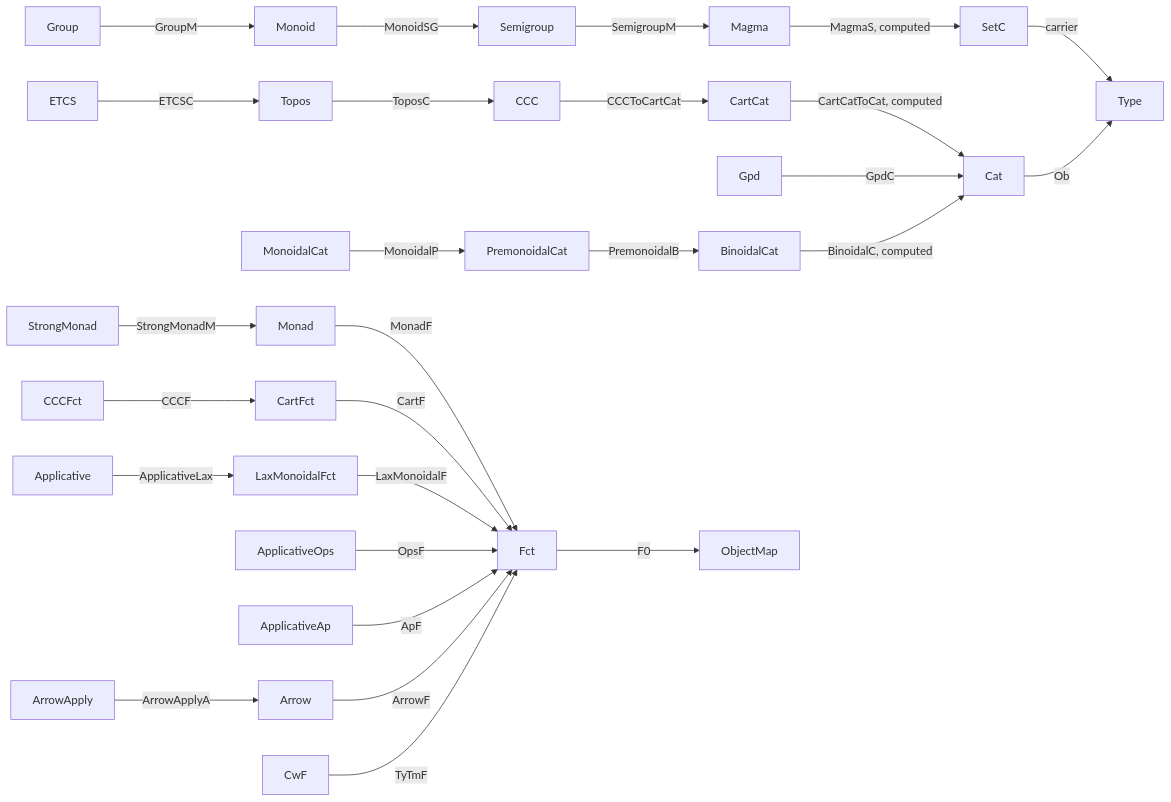
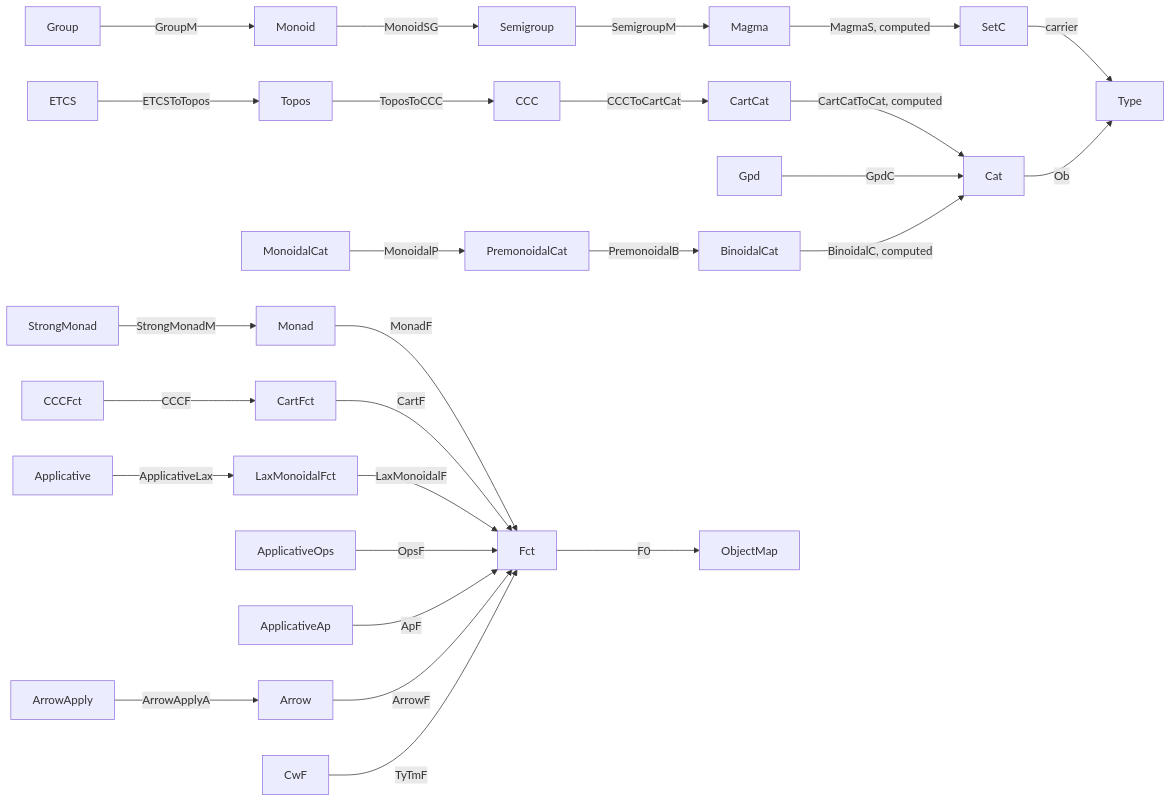
One commit to Godalin/rocq-cats changed the diagram in docs/BundledInterfaces.md. Above: the diagram before and after it, drawn with Mermaid. The commit also changed other lines of this file and 48 other files, not shown here.

````diff
--- a/docs/BundledInterfaces.md
+++ b/docs/BundledInterfaces.md
@@ -1677,29 +1761,29 @@
 ```mermaid
 flowchart LR
   Group -->|GroupM| Monoid
   Monoid -->|MonoidSG| Semigroup
   Semigroup -->|SemigroupM| Magma
   Magma -->|MagmaS, computed| SetC
   SetC -->|carrier| Type
-  ETCS -->|ETCSC| Topos
-  Topos -->|ToposC| CCC
+  ETCS -->|ETCSToTopos| Topos
+  Topos -->|ToposToCCC| CCC
   CCC -->|CCCToCartCat| CartCat
   CartCat -->|CartCatToCat, computed| Cat
   Gpd -->|GpdC| Cat
   Cat -->|Ob| Type
   MonoidalCat -->|MonoidalP| PremonoidalCat
   PremonoidalCat -->|PremonoidalB| BinoidalCat
   BinoidalCat -->|BinoidalC, computed| Cat
   StrongMonad -->|StrongMonadM| Monad
   Monad -->|MonadF| Fct
   CCCFct -->|CCCF| CartFct
   CartFct -->|CartF| Fct
   Applicative -->|ApplicativeLax| LaxMonoidalFct
   LaxMonoidalFct -->|LaxMonoidalF| Fct
   ApplicativeOps -->|OpsF| Fct
   ApplicativeAp -->|ApF| Fct
   ArrowApply -->|ArrowApplyA| Arrow
   Arrow -->|ArrowF| Fct
   CwF -->|TyTmF| Fct
   Fct -->|F0| ObjectMap
 ```
````
